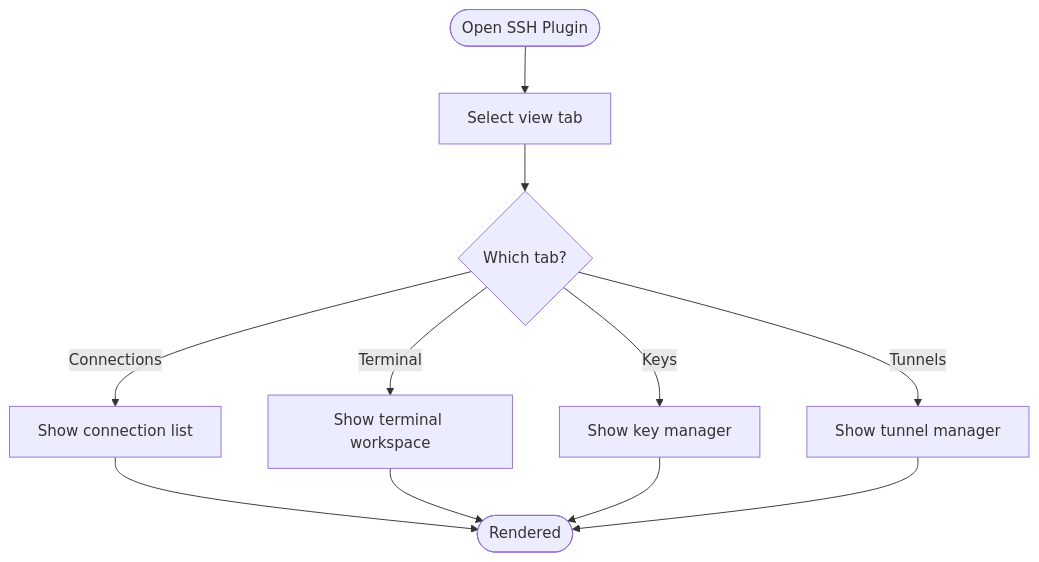
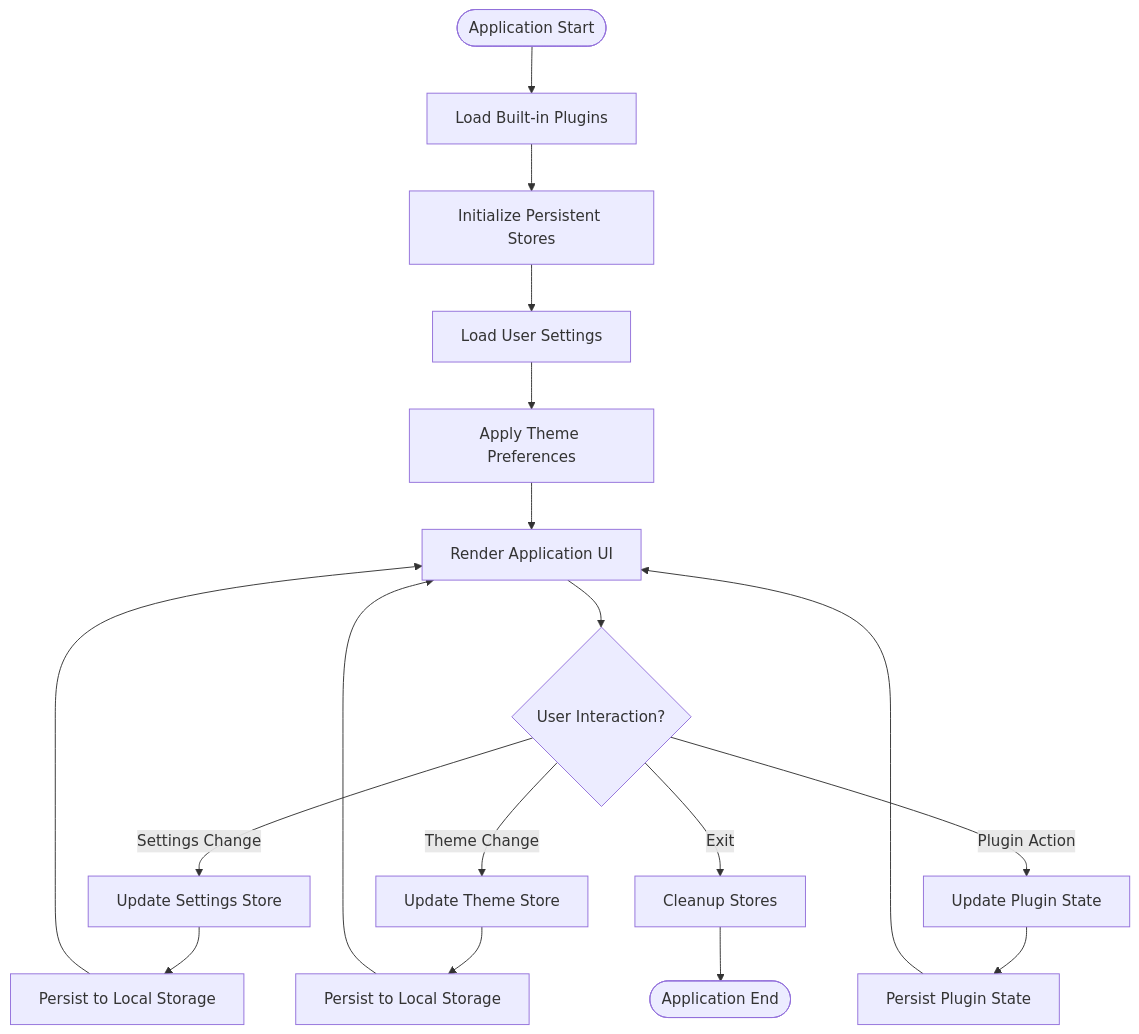
The fifth of 7 diagrams in .qoder/repowiki/en/content/Project Overview.md (DumKing/DevNexus), drawn with Mermaid before and after one commit. The commit also changed other lines of this file and 96 other files, not shown here.

````diff
--- a/.qoder/repowiki/en/content/Project Overview.md
+++ b/.qoder/repowiki/en/content/Project Overview.md
@@ -345,13 +248,20 @@
 ```mermaid
 flowchart TD
-Start(["Open SSH Plugin"]) --> SelectTab["Select view tab"]
-SelectTab --> RenderView{"Which tab?"}
-RenderView --> |Connections| ShowConn["Show connection list"]
-RenderView --> |Terminal| ShowTerm["Show terminal workspace"]
-RenderView --> |Keys| ShowKeys["Show key manager"]
-RenderView --> |Tunnels| ShowTunnels["Show tunnel manager"]
-ShowConn --> End(["Rendered"])
-ShowTerm --> End
-ShowKeys --> End
-ShowTunnels --> End
+Start([Application Start]) --> LoadPlugins["Load Built-in Plugins"]
+LoadPlugins --> InitStores["Initialize Persistent Stores"]
+InitStores --> LoadSettings["Load User Settings"]
+LoadSettings --> ApplyTheme["Apply Theme Preferences"]
+ApplyTheme --> RenderUI["Render Application UI"]
+RenderUI --> UserInteraction{"User Interaction?"}
+UserInteraction --> |Settings Change| UpdateSettings["Update Settings Store"]
+UserInteraction --> |Theme Change| UpdateTheme["Update Theme Store"]
+UserInteraction --> |Plugin Action| UpdatePluginState["Update Plugin State"]
+UpdateSettings --> PersistSettings["Persist to Local Storage"]
+UpdateTheme --> PersistTheme["Persist to Local Storage"]
+UpdatePluginState --> PersistPlugin["Persist Plugin State"]
+PersistSettings --> RenderUI
+PersistTheme --> RenderUI
+PersistPlugin --> RenderUI
+UserInteraction --> |Exit| Cleanup["Cleanup Stores"]
+Cleanup --> End([Application End])
 ```
````
